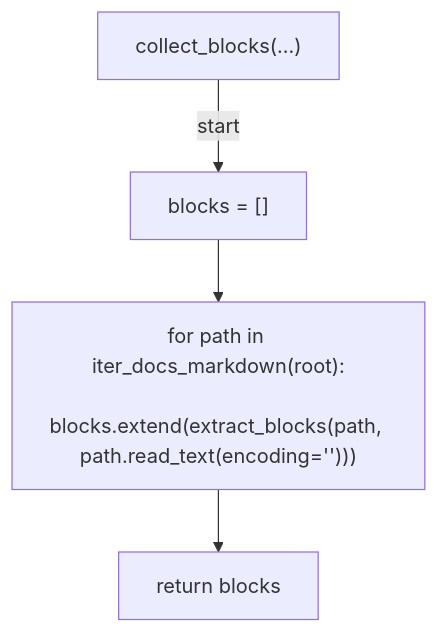
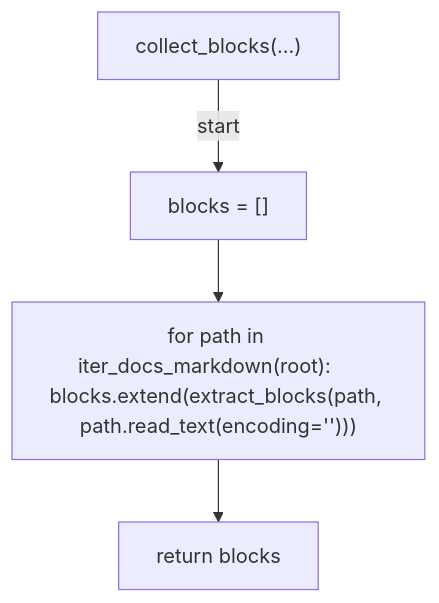
One commit to tvna/claude-md changed the sixth of 14 diagrams in docs/generated/scripts/ast/scan_mermaid_syntax.md. Above: the diagram before and after it, drawn with Mermaid. The commit also changed other lines of this file and 23 other files, not shown here.

First line of the commit message:
docs(generated): regenerate decision tree and workflow diagrams (batch 4/5)

````diff
--- a/docs/generated/scripts/ast/scan_mermaid_syntax.md
+++ b/docs/generated/scripts/ast/scan_mermaid_syntax.md
@@ -108,11 +80,10 @@
 ```mermaid
 flowchart TD
     N001["collect_blocks(...)"]
     N002["blocks = []"]
-    N003["for path in iter_docs_markdown(root):
-    blocks.extend(extract_blocks(path, path.read_text(encoding='<str>')))"]
+    N003["for path in iter_docs_markdown(root):     blocks.extend(extract_blocks(path, path.read_text(encoding='<str>')))"]
     N004["return blocks"]
     N001 -->|"start"| N002
     N002 --> N003
     N003 --> N004
 ```
````
